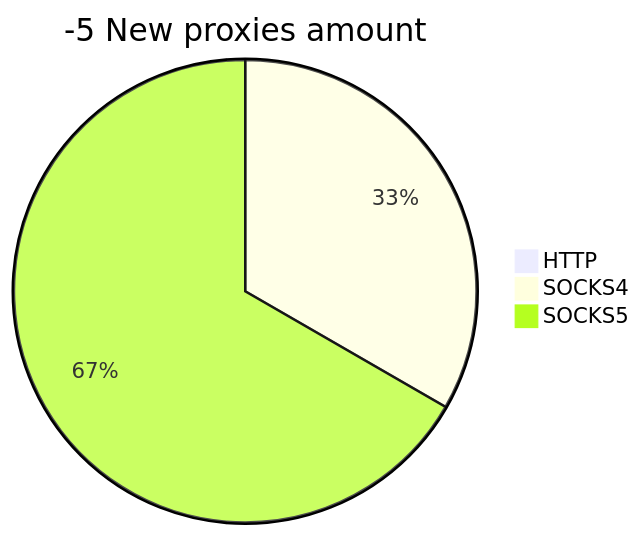
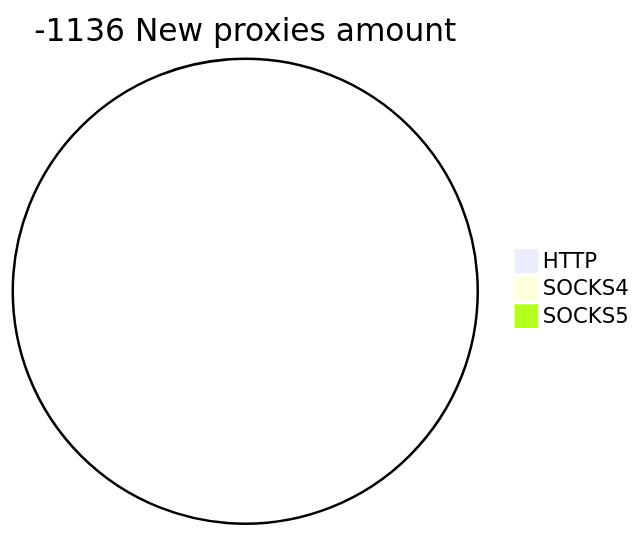
One commit to cutipu/proxylist changed the second of 2 diagrams in README.md. Above: the diagram before and after it, drawn with Mermaid. The commit also changed other lines of this file, not shown here.

````diff
--- a/README.md
+++ b/README.md
@@ -10,6 +10,6 @@
 ```mermaid
-pie title -5 New proxies amount
+pie title -1136 New proxies amount
     "HTTP" : 0
-    "SOCKS4" : 1
-    "SOCKS5" : 2
+    "SOCKS4" : 0
+    "SOCKS5" : 0
 ```
````
